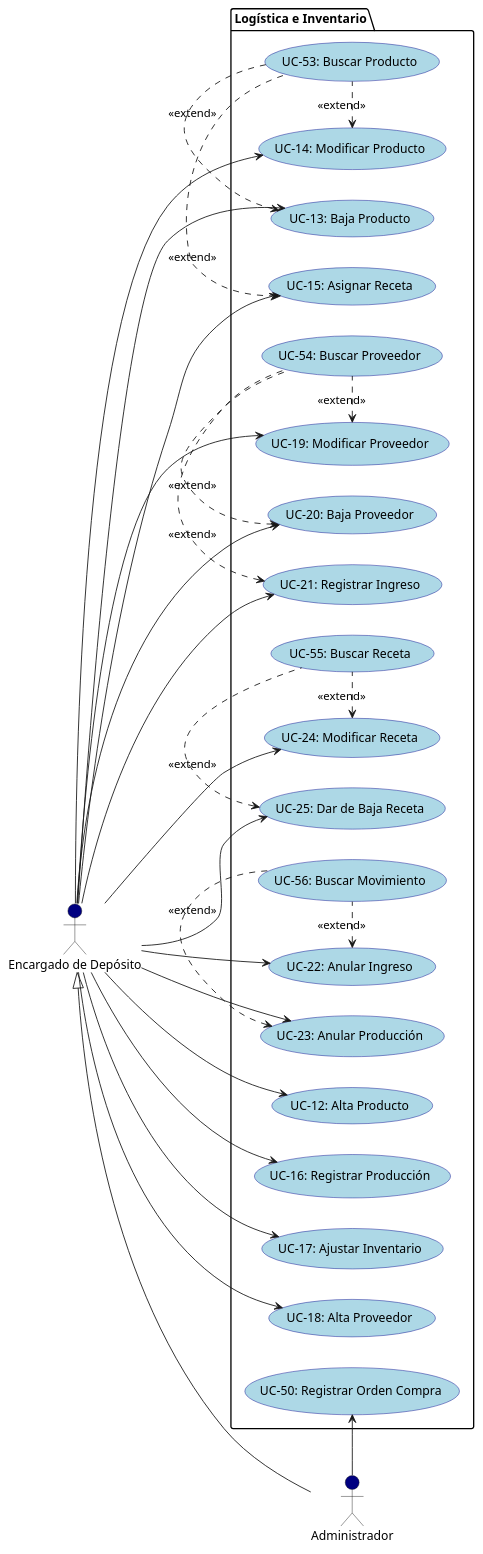
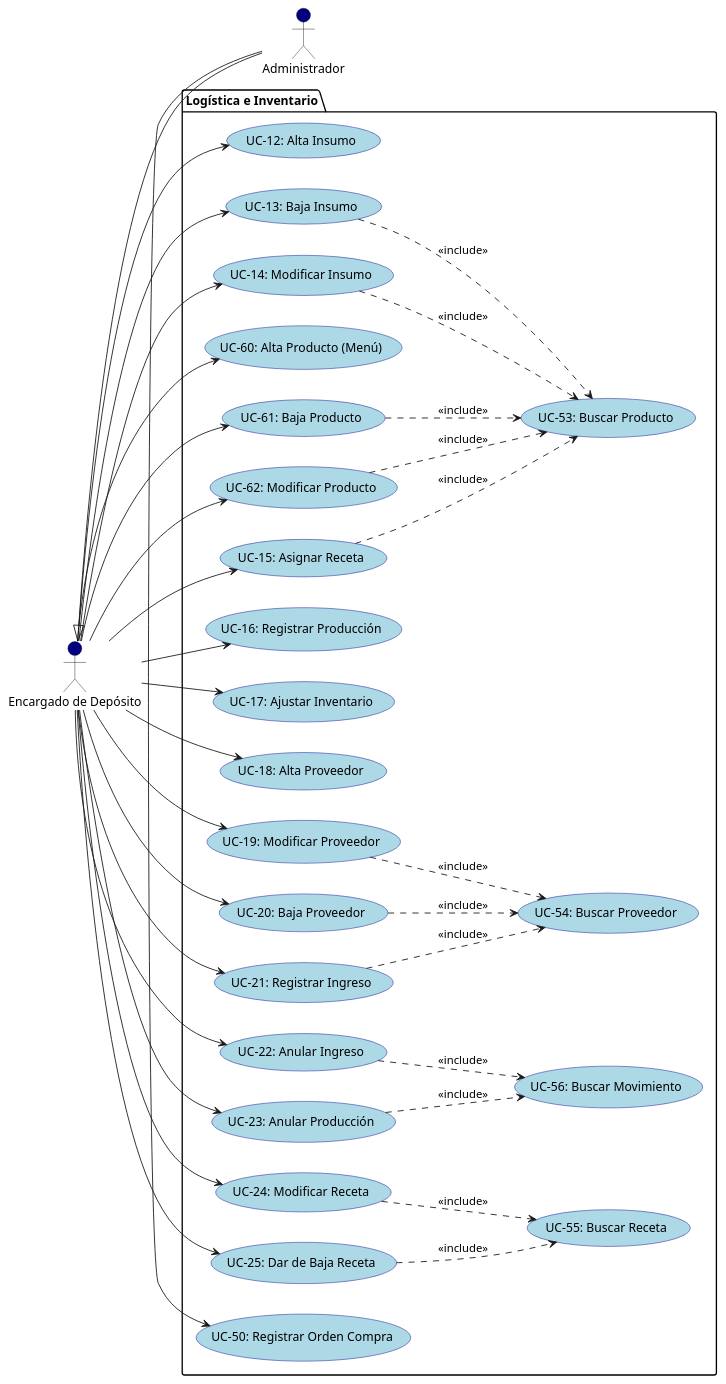
The third of 6 diagrams in docs/2_Requisitos_y_Arquitectura/diagramas_plantuml.md (DiegoParadiso/owens), drawn with PlantUML before and after one commit. The commit also changed other lines of this file and 15957 other files, not shown here.

````diff
--- a/docs/2_Requisitos_y_Arquitectura/diagramas_plantuml.md
+++ b/docs/2_Requisitos_y_Arquitectura/diagramas_plantuml.md
@@ -302,61 +310,69 @@
 ```plantuml
 @startuml
 left to right direction
 skinparam usecaseBackgroundColor LightBlue
 skinparam usecaseBorderColor DarkBlue
 skinparam actorBackgroundColor Navy
 
 actor "Encargado de Depósito" as Encargado
 actor "Administrador" as Administrador
 
 Encargado <|-- Administrador
 
 package "Logística e Inventario" {
-    usecase "UC-12: Alta Producto" as UC12
-    usecase "UC-13: Baja Producto" as UC13
-    usecase "UC-14: Modificar Producto" as UC14
+    usecase "UC-12: Alta Insumo" as UC12
+    usecase "UC-13: Baja Insumo" as UC13
+    usecase "UC-14: Modificar Insumo" as UC14
+    usecase "UC-60: Alta Producto (Menú)" as UC60
+    usecase "UC-61: Baja Producto" as UC61
+    usecase "UC-62: Modificar Producto" as UC62
     usecase "UC-15: Asignar Receta" as UC15
     usecase "UC-16: Registrar Producción" as UC16
     usecase "UC-17: Ajustar Inventario" as UC17
     usecase "UC-18: Alta Proveedor" as UC18
     usecase "UC-19: Modificar Proveedor" as UC19
     usecase "UC-20: Baja Proveedor" as UC20
     usecase "UC-21: Registrar Ingreso" as UC21
     usecase "UC-22: Anular Ingreso" as UC22
     usecase "UC-23: Anular Producción" as UC23
     usecase "UC-24: Modificar Receta" as UC24
     usecase "UC-25: Dar de Baja Receta" as UC25
     usecase "UC-53: Buscar Producto" as UC53
     usecase "UC-54: Buscar Proveedor" as UC54
     usecase "UC-55: Buscar Receta" as UC55
     usecase "UC-56: Buscar Movimiento" as UC56
     usecase "UC-50: Registrar Orden Compra" as UC50
 }
 
 Encargado --> UC12
 Encargado --> UC13
 Encargado --> UC14
+Encargado --> UC60
+Encargado --> UC61
+Encargado --> UC62
 Encargado --> UC15
 Encargado --> UC16
 Encargado --> UC17
 Encargado --> UC18
 Encargado --> UC19
 Encargado --> UC20
 Encargado --> UC21
 Encargado --> UC22
 Encargado --> UC23
 Encargado --> UC24
 Encargado --> UC25
-UC53 .left.> UC14 : <<extend>>
-UC53 .left.> UC13 : <<extend>>
-UC53 .left.> UC15 : <<extend>>
-UC54 .left.> UC19 : <<extend>>
-UC54 .left.> UC20 : <<extend>>
-UC54 .left.> UC21 : <<extend>>
-UC55 .left.> UC24 : <<extend>>
-UC55 .left.> UC25 : <<extend>>
-UC56 .left.> UC22 : <<extend>>
-UC56 .left.> UC23 : <<extend>>
+UC14 ..> UC53 : <<include>>
+UC13 ..> UC53 : <<include>>
+UC62 ..> UC53 : <<include>>
+UC61 ..> UC53 : <<include>>
+UC15 ..> UC53 : <<include>>
+UC19 ..> UC54 : <<include>>
+UC20 ..> UC54 : <<include>>
+UC21 ..> UC54 : <<include>>
+UC24 ..> UC55 : <<include>>
+UC25 ..> UC55 : <<include>>
+UC22 ..> UC56 : <<include>>
+UC23 ..> UC56 : <<include>>
 Administrador --> UC50
 @enduml
 ```
````
